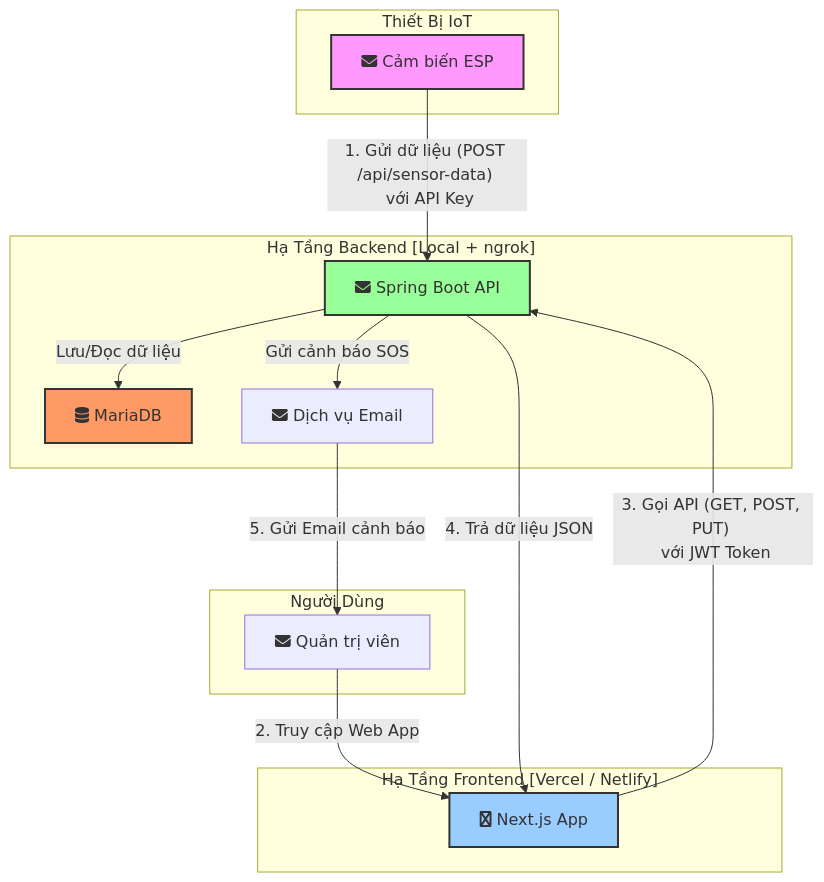
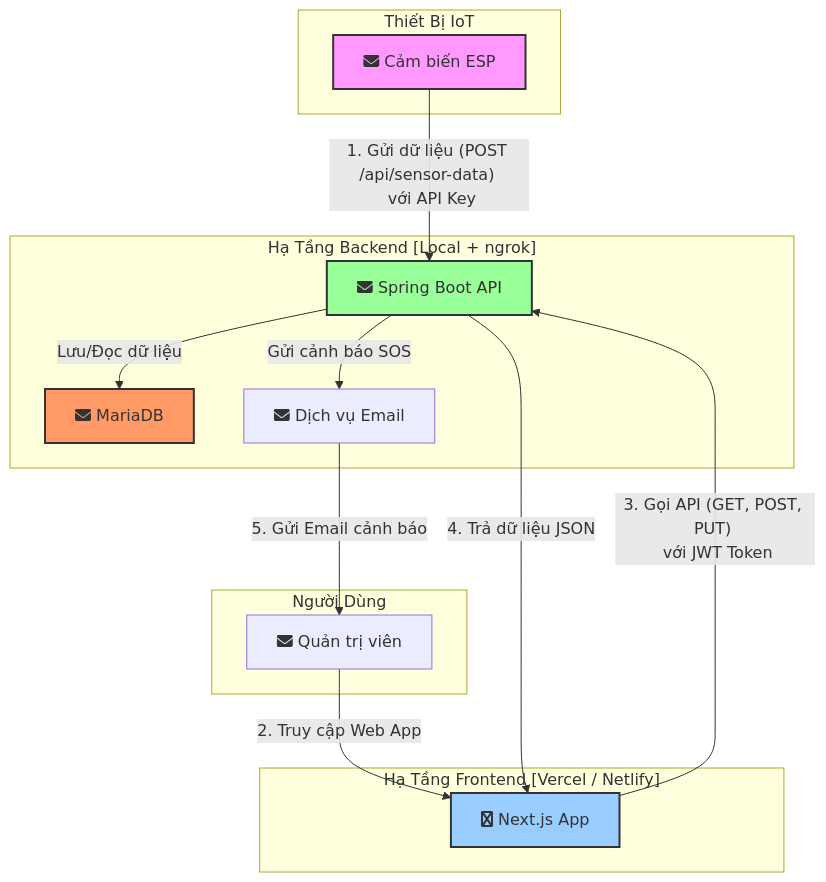
One commit to vuongng2212/Water-Quality-Monitoring-System changed the diagram in docs/03-architecture.md. Above: the diagram before and after it, drawn with Mermaid.

````diff
--- a/docs/03-architecture.md
+++ b/docs/03-architecture.md
@@ -23,35 +23,35 @@
 ```mermaid
 graph TD
     subgraph "Thiết Bị IoT"
         ESP[<i class='fa fa-envelope'></i> Cảm biến ESP]
     end
 
     subgraph "Hạ Tầng Backend [Local + ngrok]"
         Backend[<i class='fa fa-envelope'></i> Spring Boot API]
-        DB[<i class='fa fa-database'></i> MariaDB]
+        DB[<i class='fa fa-envelope'></i> MariaDB]
         EmailService[<i class='fa fa-envelope'></i> Dịch vụ Email]
         
         Backend -- "Lưu/Đọc dữ liệu" --> DB
         Backend -- "Gửi cảnh báo SOS" --> EmailService
     end
 
     subgraph "Hạ Tầng Frontend [Vercel / Netlify]"
         WebApp[<i class='fab  fa-envelope'></i> Next.js App]
     end
 
     subgraph "Người Dùng"
         Admin[<i class='fa  fa-envelope'></i> Quản trị viên]
     end
 
     %% Luồng dữ liệu và tương tác
     ESP -- "1. Gửi dữ liệu (POST /api/sensor-data) <br/> với API Key" --> Backend
     Admin -- "2. Truy cập Web App" --> WebApp
     WebApp -- "3. Gọi API (GET, POST, PUT) <br/> với JWT Token" --> Backend
     Backend -- "4. Trả dữ liệu JSON" --> WebApp
     EmailService -- "5. Gửi Email cảnh báo" --> Admin
 
     style ESP fill:#f9f,stroke:#333,stroke-width:2px
     style WebApp fill:#9cf,stroke:#333,stroke-width:2px
     style Backend fill:#9f9,stroke:#333,stroke-width:2px
     style DB fill:#f96,stroke:#333,stroke-width:2px
 ```
````
